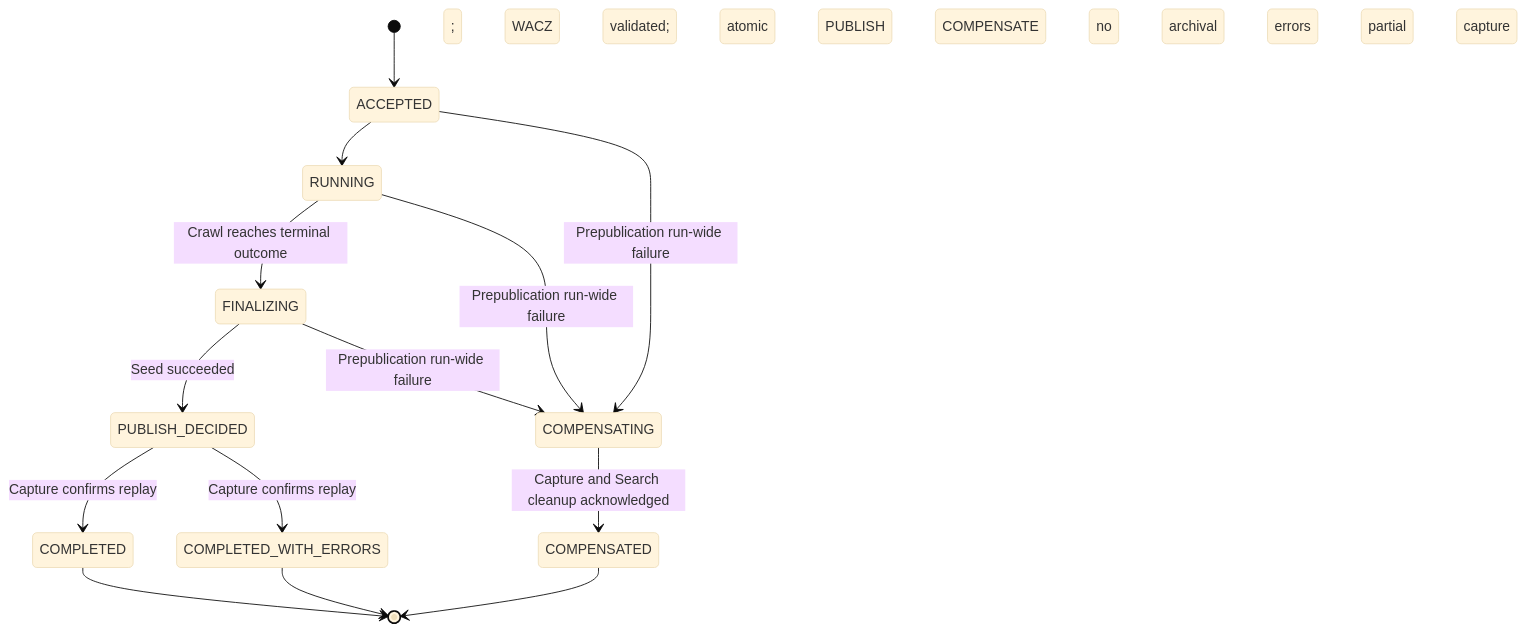
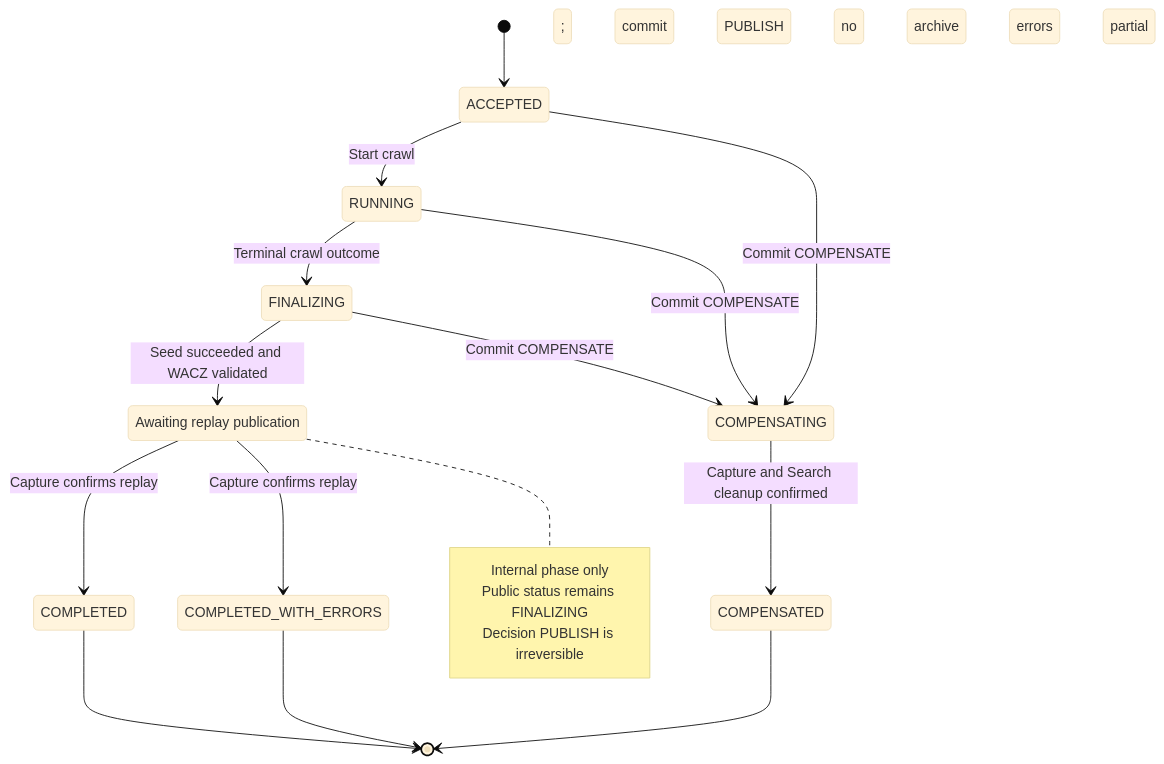
The diagram in docs/adr/0014-archive-lifecycle-saga.md (lemuel-manske/castellani), drawn with Mermaid (base theme) before and after one commit. The commit also changed other lines of this file, not shown here.

Commit message:
docs(adr): fix 0014 Mermaid syntax and semantics

````diff
--- a/docs/adr/0014-archive-lifecycle-saga.md
+++ b/docs/adr/0014-archive-lifecycle-saga.md
@@ -55,16 +55,26 @@
 ```mermaid
 stateDiagram-v2
     [*] --> ACCEPTED
-    ACCEPTED --> RUNNING
-    RUNNING --> FINALIZING: Crawl reaches terminal outcome
-    FINALIZING --> PUBLISH_DECIDED: Seed succeeded; WACZ validated; atomic PUBLISH
-    ACCEPTED --> COMPENSATING: Prepublication run-wide failure; atomic COMPENSATE
-    RUNNING --> COMPENSATING: Prepublication run-wide failure; atomic COMPENSATE
-    FINALIZING --> COMPENSATING: Prepublication run-wide failure; atomic COMPENSATE
-    PUBLISH_DECIDED --> COMPLETED: Capture confirms replay; no archival errors
-    PUBLISH_DECIDED --> COMPLETED_WITH_ERRORS: Capture confirms replay; partial capture errors
-    COMPENSATING --> COMPENSATED: Capture and Search cleanup acknowledged
+    ACCEPTED --> RUNNING: Start crawl
+    RUNNING --> FINALIZING: Terminal crawl outcome
+
+    state "Awaiting replay publication" as ReplayPending
+    FINALIZING --> ReplayPending: Seed succeeded and WACZ validated; commit PUBLISH
+    ReplayPending --> COMPLETED: Capture confirms replay; no archive errors
+    ReplayPending --> COMPLETED_WITH_ERRORS: Capture confirms replay; partial archive errors
+
+    ACCEPTED --> COMPENSATING: Commit COMPENSATE
+    RUNNING --> COMPENSATING: Commit COMPENSATE
+    FINALIZING --> COMPENSATING: Commit COMPENSATE
+    COMPENSATING --> COMPENSATED: Capture and Search cleanup confirmed
+
+    note right of ReplayPending
+        Internal phase only
+        Public status remains FINALIZING
+        Decision PUBLISH is irreversible
+    end note
+
     COMPLETED --> [*]
     COMPLETED_WITH_ERRORS --> [*]
     COMPENSATED --> [*]
 ```
````
